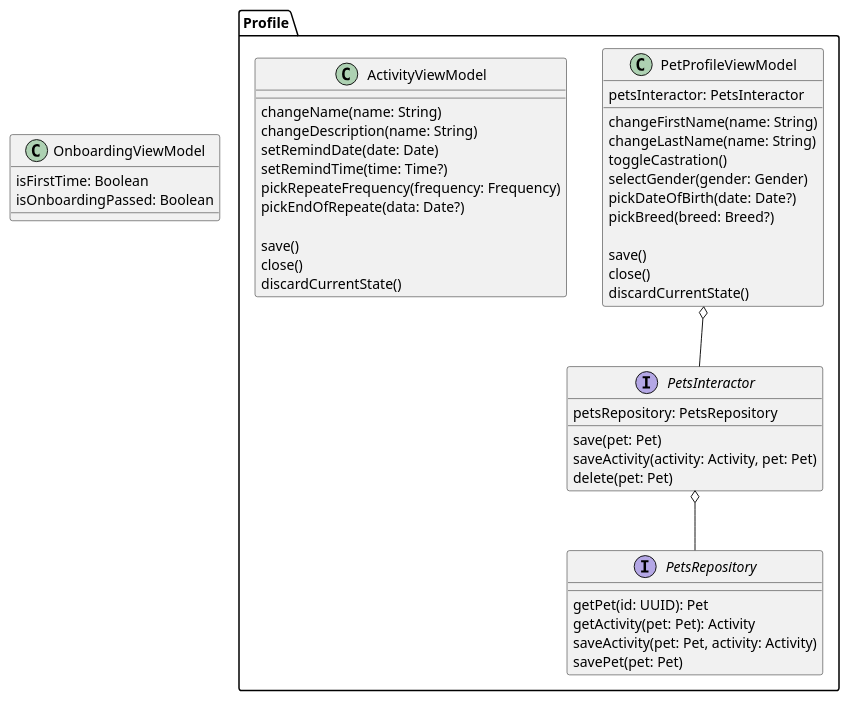
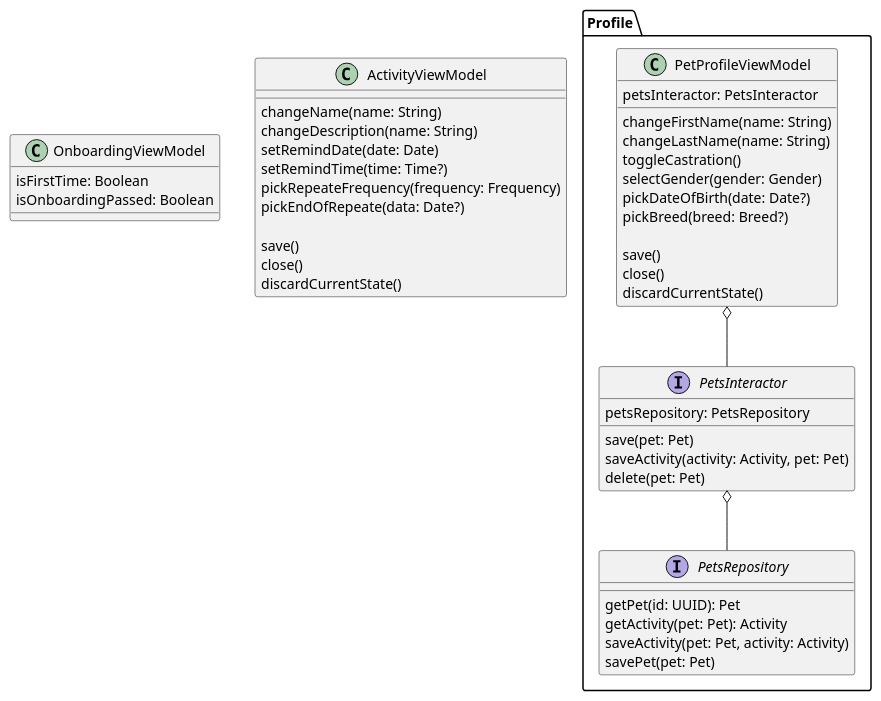
One commit to castlele/PetProfile changed the diagram in documentation/viewModels.puml. Above: the diagram before and after it, drawn with PlantUML. The commit also changed 1 other file, not shown here.

Commit message:
[docs]: remove activities view model from profile package

```diff
--- a/documentation/viewModels.puml
+++ b/documentation/viewModels.puml
@@ -1,57 +1,57 @@
 @startuml
 
 class OnboardingViewModel {
     isFirstTime: Boolean
     isOnboardingPassed: Boolean
+}
+
+class ActivityViewModel {
+    changeName(name: String)
+    changeDescription(name: String)
+    setRemindDate(date: Date)
+    setRemindTime(time: Time?)
+    pickRepeateFrequency(frequency: Frequency)
+    pickEndOfRepeate(data: Date?)
+
+    save()
+    close()
+    discardCurrentState()
 }
 
 package Profile {
 
     interface PetsRepository {
         getPet(id: UUID): Pet
         getActivity(pet: Pet): Activity
         saveActivity(pet: Pet, activity: Activity)
         savePet(pet: Pet)
     }
 
     interface PetsInteractor {
         petsRepository: PetsRepository
 
         save(pet: Pet)
         saveActivity(activity: Activity, pet: Pet)
         delete(pet: Pet)
     }
 
     class PetProfileViewModel {
         petsInteractor: PetsInteractor
 
         changeFirstName(name: String)
         changeLastName(name: String)
         toggleCastration()
         selectGender(gender: Gender)
         pickDateOfBirth(date: Date?)
         pickBreed(breed: Breed?)
 
         save()
         close()
         discardCurrentState()
     }
 
-    class ActivityViewModel {
-        changeName(name: String)
-        changeDescription(name: String)
-        setRemindDate(date: Date)
-        setRemindTime(time: Time?)
-        pickRepeateFrequency(frequency: Frequency)
-        pickEndOfRepeate(data: Date?)
-
-        save()
-        close()
-        discardCurrentState()
-    }
-
     PetProfileViewModel o-- PetsInteractor
     PetsInteractor o-- PetsRepository
 }
 
 @enduml
```
